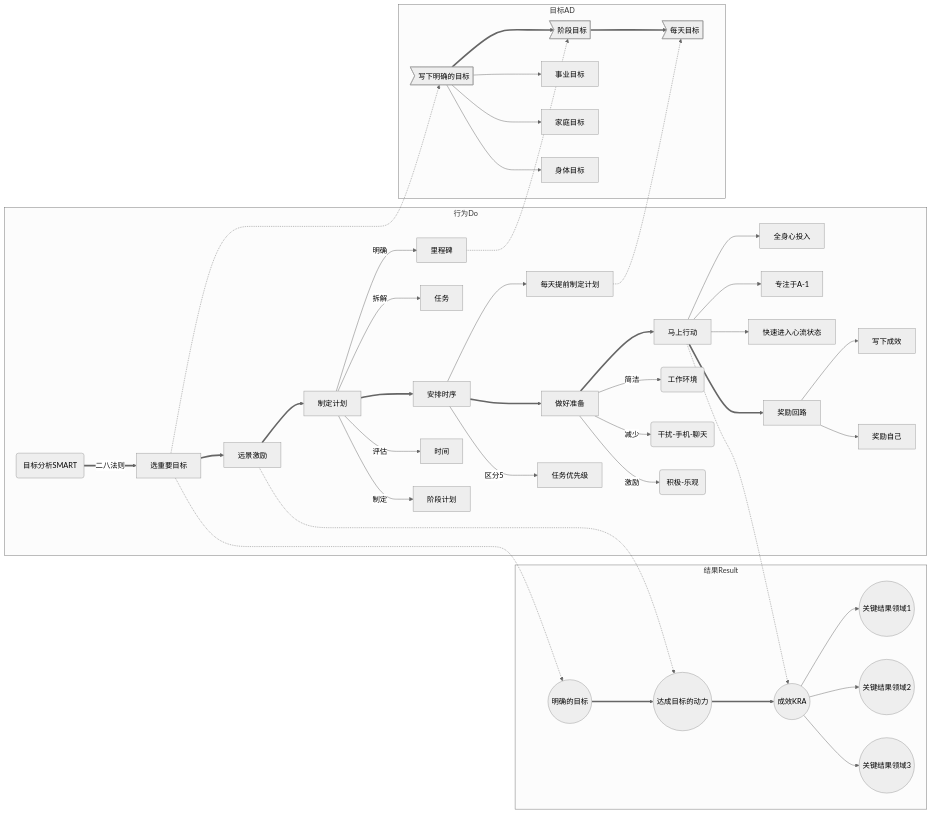
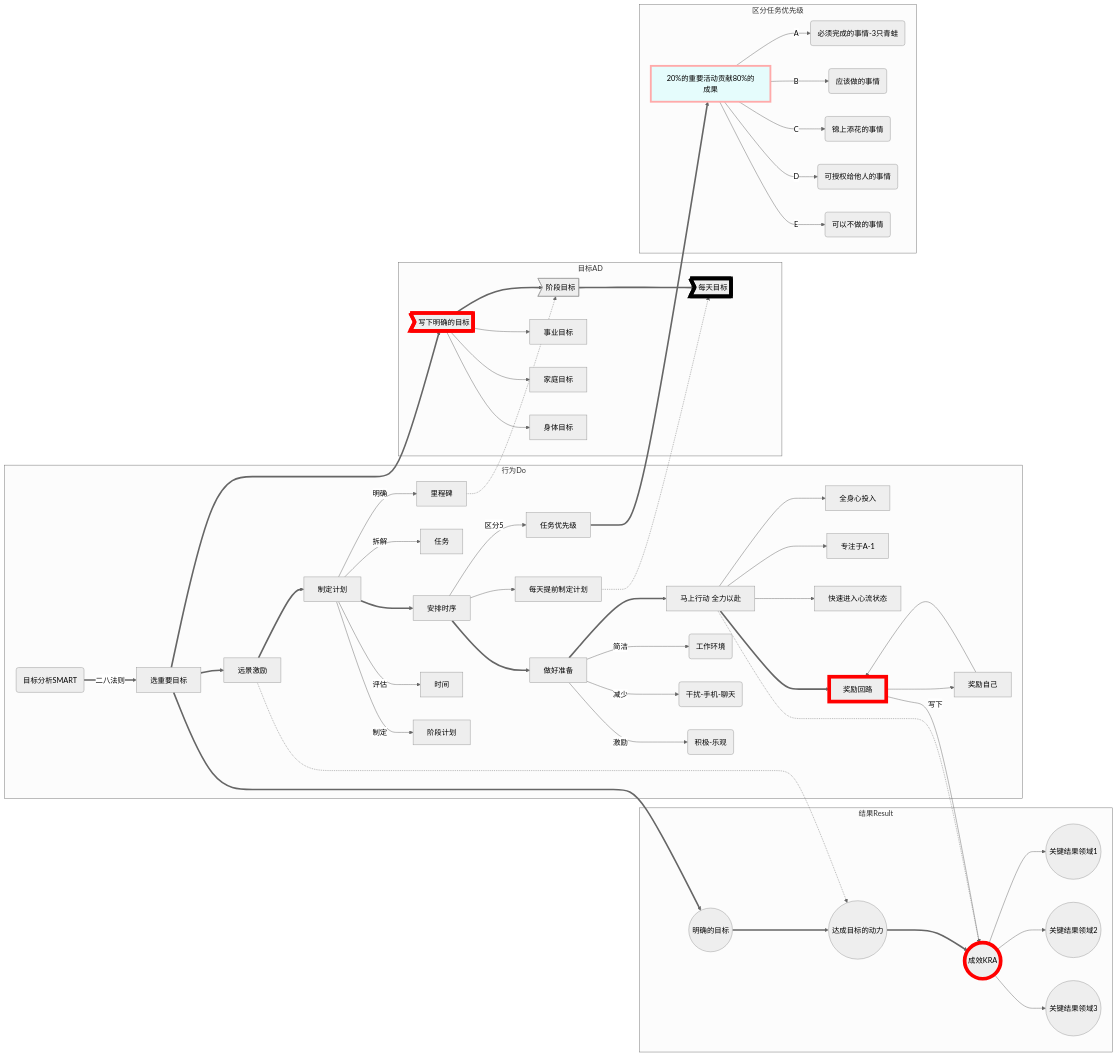
The diagram in Tao/frog.md (wxyClark/wxyClark.note), drawn with Mermaid (neutral theme) before and after one commit. The commit also changed other lines of this file and 1 other file, not shown here.

Commit message:
frog beauty

````diff
--- a/Tao/frog.md
+++ b/Tao/frog.md
@@ -26,8 +26,8 @@
 ```mermaid
 
 graph LR
-    D2-.->R1
-    D2-.->A1
+    D2==>R1
+    D2==>A1
 
     D3-.->R2
 
@@ -36,6 +36,10 @@
     D52-.->A3
 
     D7-.->R3
+
+    D51==>O1
+
+
 
     subgraph 结果Result
 
@@ -68,14 +72,15 @@
             D6--减少-->D62(干扰-手机-聊天)
             D6--激励-->D63(积极-乐观)
         
-        D6==>D7[马上行动]
+        D6==>D7[马上行动 全力以赴]
             D7-->D71[全身心投入]
             D7-->D72[专注于A-1]
             D7-->D73[快速进入心流状态]
 
         D7==>D8[奖励回路]   
-            D8-->D81[写下成效]
+            D8--写下-->R3
             D8-->D82[奖励自己]
+            D82-->D8
     end
 
     subgraph 目标AD
@@ -88,4 +93,23 @@
         A2==>A3>每天目标]
     end
 
+    subgraph 区分任务优先级
+
+        O1[20%的重要活动贡献80%的成果]
+        O1--A-->O11(必须完成的事情-3只青蛙)
+        O1--B-->O12(应该做的事情)
+        O1--C-->O13(锦上添花的事情)
+        O1--D-->O14(可授权给他人的事情)
+        O1--E-->O15(可以不做的事情)
+    end
+
+    
+    style A1 stroke:#F00,stroke-width:8px;  
+    style D8 stroke:#F00,stroke-width:8px; 
+    style R3 stroke:#F00,stroke-width:8px;  
+
+    style O1 fill:#2ff,fill-opacity:0.1,stroke:#faa,stroke-width:4px
+    style A3 stroke:#000,stroke-width:8px;
+    
+    
 ```
````
